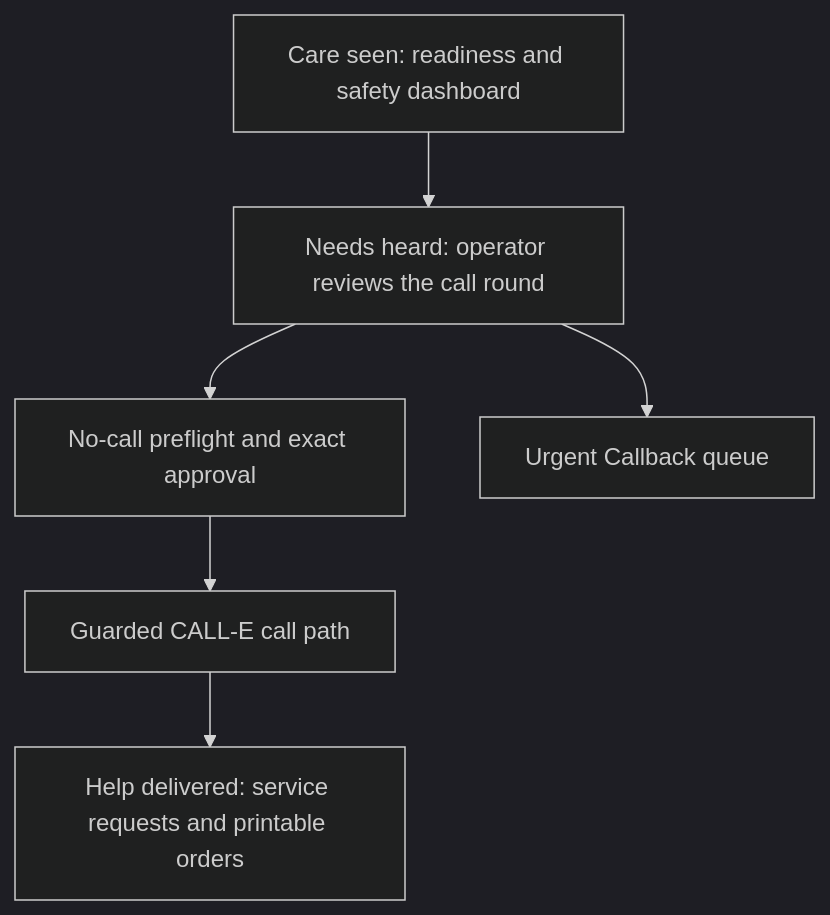
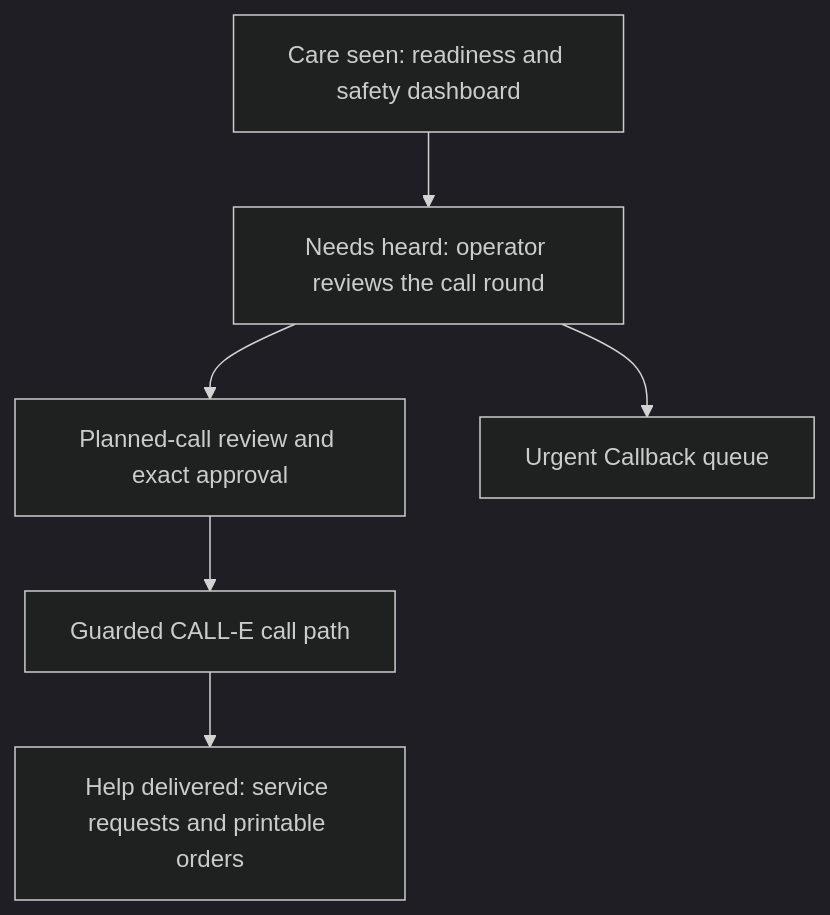
One commit to NeoSPU/care-call-ai changed the second of 2 diagrams in README.md. Above: the diagram before and after it, drawn with Mermaid (dark theme). The commit also changed other lines of this file and 34 other files, not shown here.

Commit message:
Prepare public demo submission flow

````diff
--- a/README.md
+++ b/README.md
@@ -42,8 +44,8 @@
 ```mermaid
 flowchart TD
     Seen["Care seen: readiness and safety dashboard"] --> Heard["Needs heard: operator reviews the call round"]
-    Heard --> Gate["No-call preflight and exact approval"]
+    Heard --> Gate["Planned-call review and exact approval"]
     Gate --> Call["Guarded CALL-E call path"]
     Call --> Delivered["Help delivered: service requests and printable orders"]
     Heard --> Urgent["Urgent Callback queue"]
 ```
````
